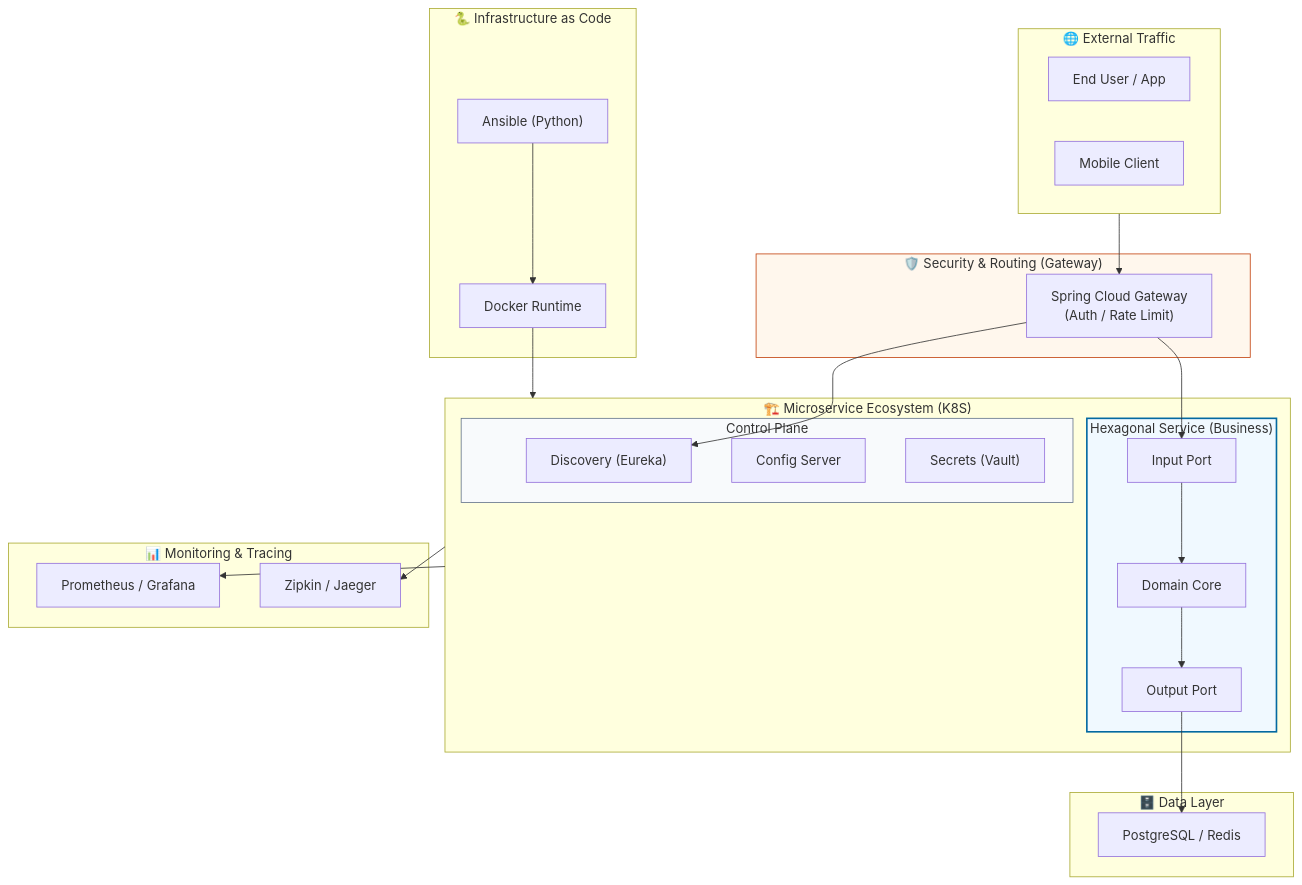
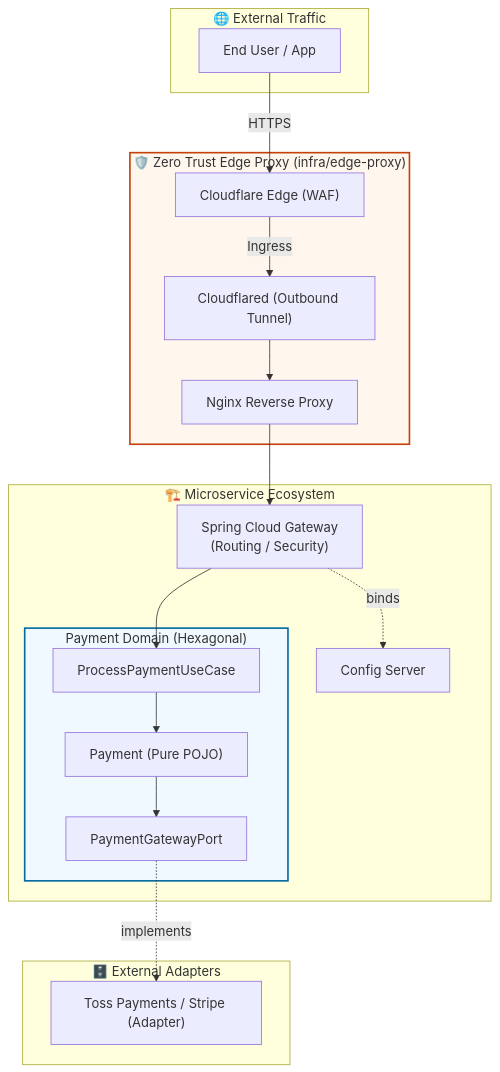
One commit to hooneyg/infra-master-lab changed the diagram in README.md. Above: the diagram before and after it, drawn with Mermaid. The commit also changed other lines of this file and 18 other files, not shown here.

Commit message:
feat(infra): apply hexagonal payment domain and cloudflare zero trust edge proxy

````diff
--- a/README.md
+++ b/README.md
@@ -24,58 +25,43 @@
 ```mermaid
 graph TB
     subgraph Client ["🌐 External Traffic"]
         User["End User / App"]
-        Mobile["Mobile Client"]
     end
 
-    subgraph Edge ["🛡️ Security & Routing (Gateway)"]
-        Gateway["Spring Cloud Gateway<br/>(Auth / Rate Limit)"]
+    subgraph EdgeProxy ["🛡️ Zero Trust Edge Proxy (infra/edge-proxy)"]
+        CF["Cloudflare Edge (WAF)"]
+        Tunnel["Cloudflared (Outbound Tunnel)"]
+        Nginx["Nginx Reverse Proxy"]
+        
+        CF -->|Ingress| Tunnel --> Nginx
     end
 
-    subgraph ServiceMesh ["🏗️ Microservice Ecosystem (K8S)"]
-        subgraph BusinessService ["Hexagonal Service (Business)"]
-            InPort["Input Port"]
-            Domain["Domain Core"]
-            OutPort["Output Port"]
+    subgraph ServiceMesh ["🏗️ Microservice Ecosystem"]
+        Gateway["Spring Cloud Gateway<br/>(Routing / Security)"]
+        
+        subgraph BusinessService ["Payment Domain (Hexagonal)"]
+            InPort["ProcessPaymentUseCase"]
+            Domain["Payment (Pure POJO)"]
+            OutPort["PaymentGatewayPort"]
             
             InPort --> Domain --> OutPort
         end
         
-        subgraph Support ["Control Plane"]
-            Eureka["Discovery (Eureka)"]
-            Config["Config Server"]
-            Vault["Secrets (Vault)"]
-        end
+        Config["Config Server"]
     end
 
-    subgraph Persistence ["🗄️ Data Layer"]
-        DB["PostgreSQL / Redis"]
-    end
-
-    subgraph Observability ["📊 Monitoring & Tracing"]
-        Prom["Prometheus / Grafana"]
-        Zipkin["Zipkin / Jaeger"]
-    end
-
-    subgraph Foundation ["🐍 Infrastructure as Code"]
-        Ansible["Ansible (Python)"]
-        Docker["Docker Runtime"]
+    subgraph Outbound ["🗄️ External Adapters"]
+        PG["Toss Payments / Stripe (Adapter)"]
     end
 
     %% 연결 흐름 정의
-    Client --> Gateway
-    Gateway --> Eureka
+    User -->|HTTPS| CF
+    Nginx --> Gateway
     Gateway --> InPort
-    OutPort --> DB
-    
-    ServiceMesh --> Prom
-    ServiceMesh --> Zipkin
-    
-    Ansible --> Docker
-    Docker --> ServiceMesh
+    OutPort -.->|implements| PG
+    Gateway -.->|binds| Config
 
     %% 스타일링
     style BusinessService fill:#F0F9FF,stroke:#0369A1,stroke-width:2px
-    style Support fill:#F8FAFC,stroke:#64748B
-    style Edge fill:#FFF7ED,stroke:#C2410C
+    style EdgeProxy fill:#FFF7ED,stroke:#C2410C,stroke-width:2px
 ```
````
